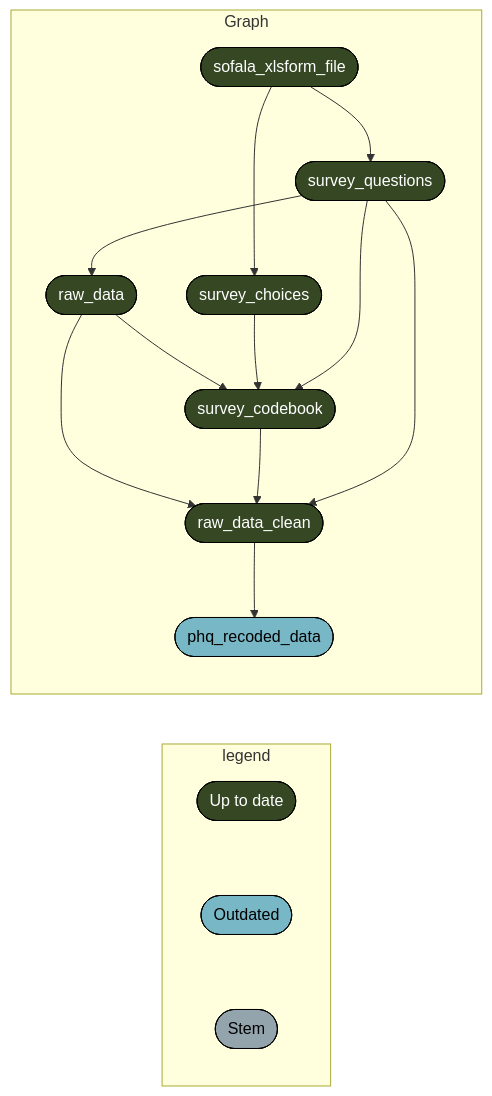
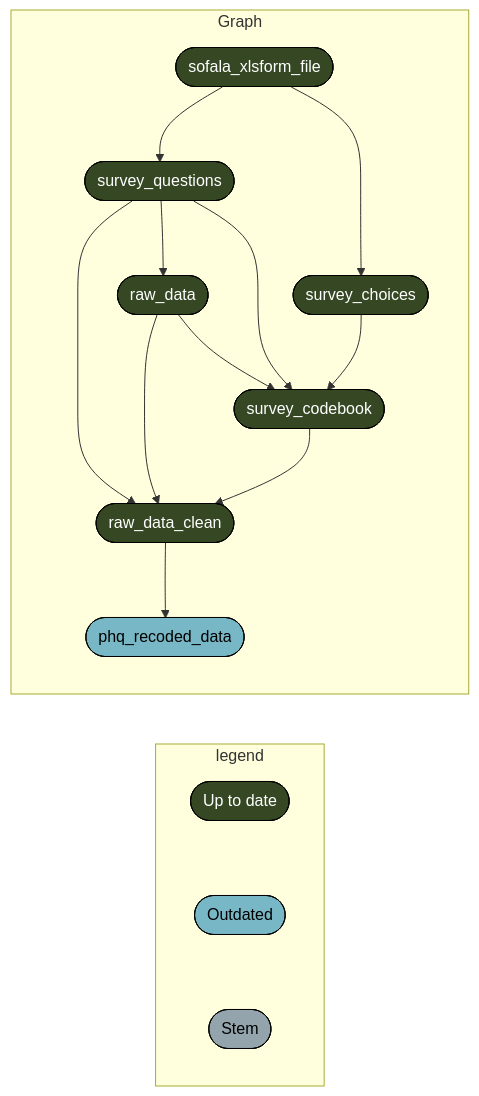
The third of 8 diagrams in README.md (katilingban/mozambique-s3m), drawn with Mermaid before and after one commit. The commit also changed other lines of this file and 3 other files, not shown here.

````diff
--- a/README.md
+++ b/README.md
@@ -95,24 +95,24 @@
 ``` mermaid
 graph LR
   subgraph legend
     x7420bd9270f8d27d([""Up to date""]):::uptodate --- x0a52b03877696646([""Outdated""]):::outdated
     x0a52b03877696646([""Outdated""]):::outdated --- xbf4603d6c2c2ad6b([""Stem""]):::none
   end
   subgraph Graph
+    x136e4e85e6851637(["raw_data"]):::uptodate --> x09e58614f2343db8(["raw_data_clean"]):::uptodate
+    xfcfc1959dbba8ed3(["survey_codebook"]):::uptodate --> x09e58614f2343db8(["raw_data_clean"]):::uptodate
+    x0c65864d89dfd824(["survey_questions"]):::uptodate --> x09e58614f2343db8(["raw_data_clean"]):::uptodate
+    x0c65864d89dfd824(["survey_questions"]):::uptodate --> x136e4e85e6851637(["raw_data"]):::uptodate
     x52eeb21c389d52d8(["sofala_xlsform_file"]):::uptodate --> x0c65864d89dfd824(["survey_questions"]):::uptodate
     x136e4e85e6851637(["raw_data"]):::uptodate --> xfcfc1959dbba8ed3(["survey_codebook"]):::uptodate
     x5aed27afbde18e19(["survey_choices"]):::uptodate --> xfcfc1959dbba8ed3(["survey_codebook"]):::uptodate
     x0c65864d89dfd824(["survey_questions"]):::uptodate --> xfcfc1959dbba8ed3(["survey_codebook"]):::uptodate
-    x136e4e85e6851637(["raw_data"]):::uptodate --> x09e58614f2343db8(["raw_data_clean"]):::uptodate
-    xfcfc1959dbba8ed3(["survey_codebook"]):::uptodate --> x09e58614f2343db8(["raw_data_clean"]):::uptodate
-    x0c65864d89dfd824(["survey_questions"]):::uptodate --> x09e58614f2343db8(["raw_data_clean"]):::uptodate
+    x09e58614f2343db8(["raw_data_clean"]):::uptodate --> xfbe1be7fbc5dc84a(["phq_recoded_data"]):::outdated
     x52eeb21c389d52d8(["sofala_xlsform_file"]):::uptodate --> x5aed27afbde18e19(["survey_choices"]):::uptodate
-    x09e58614f2343db8(["raw_data_clean"]):::uptodate --> xfbe1be7fbc5dc84a(["phq_recoded_data"]):::outdated
-    x0c65864d89dfd824(["survey_questions"]):::uptodate --> x136e4e85e6851637(["raw_data"]):::uptodate
   end
   classDef uptodate stroke:#000000,color:#ffffff,fill:#354823;
   classDef outdated stroke:#000000,color:#000000,fill:#78B7C5;
   classDef none stroke:#000000,color:#000000,fill:#94a4ac;
   linkStyle 0 stroke-width:0px;
   linkStyle 1 stroke-width:0px;
 ```
````
